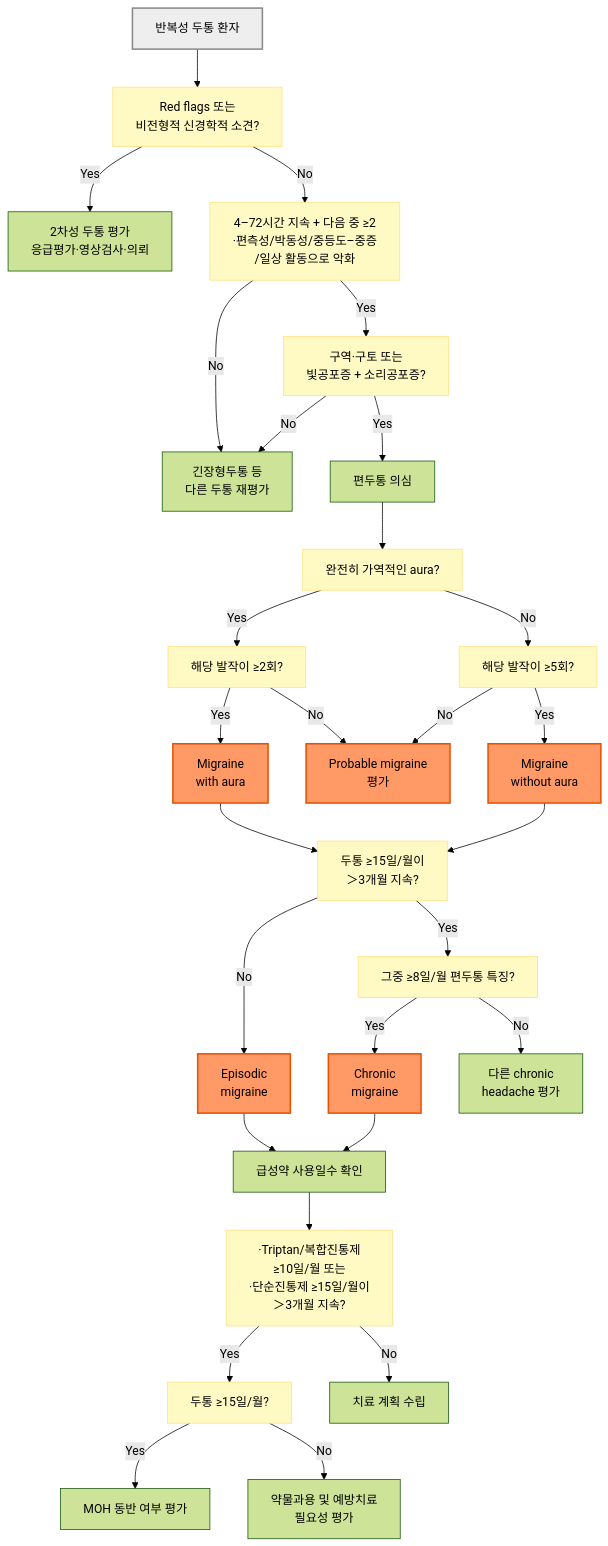
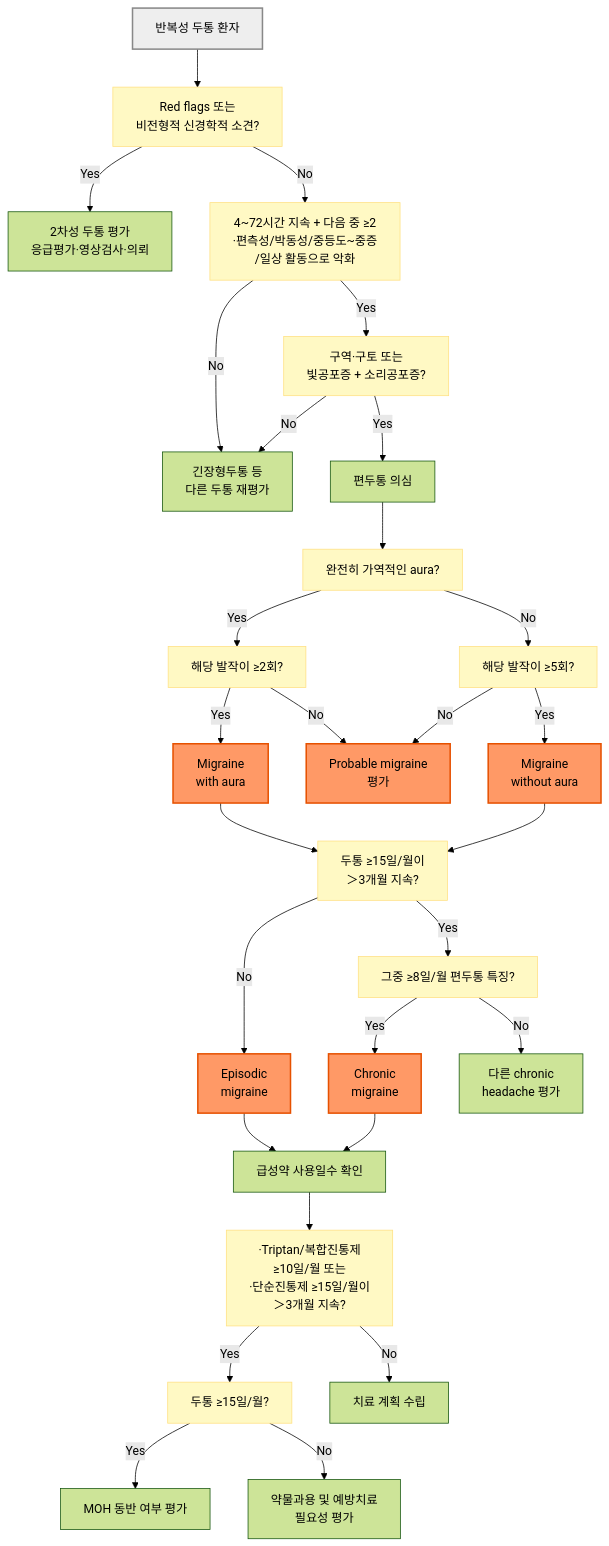
Before and after one commit to familyoh77/familyoh77: the first of 2 diagrams in 221_/016_-migraine.md, drawn with Mermaid (forest theme). The commit also changed other lines of this file and 4 other files, not shown here.

````diff
--- a/221_/016_-migraine.md
+++ b/221_/016_-migraine.md
@@ -185,36 +186,36 @@
 ```mermaid
 flowchart TD
     A["반복성 두통 환자"] --> B["Red flags 또는 <br/>비전형적 신경학적 소견?"]
     B -- "Yes" --> C["2차성 두통 평가<br/>응급평가·영상검사·의뢰"]
-    B -- "No" --> D["4–72시간 지속 + 다음 중 ≥2<br/>·편측성/박동성/중등도–중증<br/>/일상 활동으로 악화"]
+    B -- "No" --> D["4~72시간 지속 + 다음 중 ≥2<br/>·편측성/박동성/중등도~중증<br/>/일상 활동으로 악화"]
     D -- "No" --> E["긴장형두통 등 <br/>다른 두통 재평가"]
     D -- "Yes" --> F["구역·구토 또는<br/>빛공포증 + 소리공포증?"]
     F -- "No" --> E
     F -- "Yes" --> G["편두통 의심"]
     G --> H["완전히 가역적인 aura?"]
     H -- "Yes" --> I0["해당 발작이 ≥2회?"]
     I0 -- "Yes" --> I["Migraine <br/>with aura"]
     I0 -- "No" --> T["Probable migraine<br/>평가"]
     H -- "No" --> J0["해당 발작이 ≥5회?"]
     J0 -- "Yes" --> J["Migraine <br/>without aura"]
     J0 -- "No" --> T
     I --> K["두통 ≥15일/월이 <br/>＞3개월 지속?"]
     J --> K
     K -- "No" --> L["Episodic <br/>migraine"]
     K -- "Yes" --> M["그중 ≥8일/월 편두통 특징?"]
     M -- "Yes" --> N["Chronic <br/>migraine"]
     M -- "No" --> O["다른 chronic <br/>headache 평가"]
     L --> P["급성약 사용일수 확인"]
     N --> P
     P --> Q["·Triptan/복합진통제 <br/>≥10일/월 또는 <br/>·단순진통제 ≥15일/월이<br/>＞3개월 지속?"]
     Q -- "Yes" --> R0["두통 ≥15일/월?"]
     R0 -- "Yes" --> R["MOH 동반 여부 평가"]
     R0 -- "No" --> U["약물과용 및 예방치료 <br/>필요성 평가"]
     Q -- "No" --> S["치료 계획 수립"]
     classDef question fill:#fff9c4,stroke:#ffe082
     classDef diagnosis fill:#f96,stroke:#e65100,stroke-width:2px
     classDef startNode fill:#eeeeee,stroke:#888888,stroke-width:2px
     class A startNode
     class B,D,F,H,I0,J0,K,M,Q,R0 question
     class I,J,L,N,T diagnosis
 ```
````
